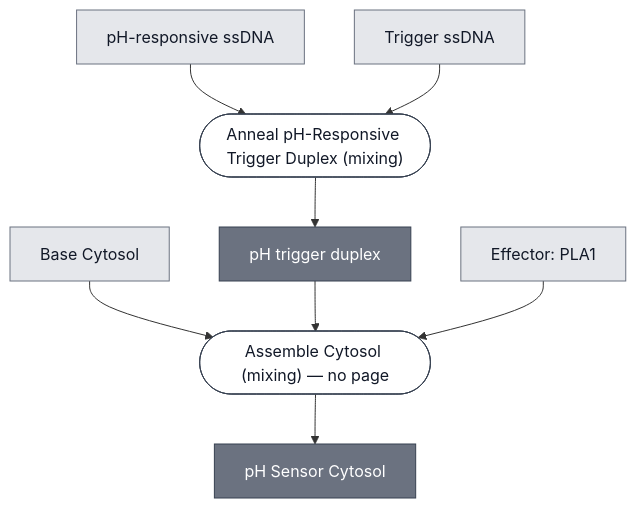
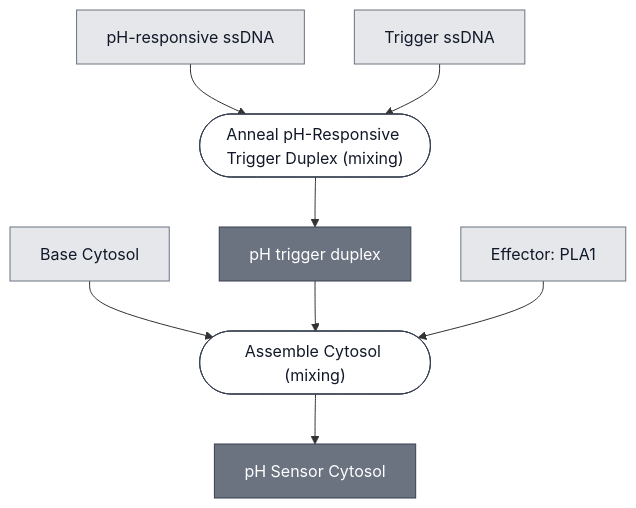
The diagram in docs/modules/ph-sensor-cytosol/spec.md (nucleus-eng/nucleus-docs), drawn with Mermaid before and after one commit. The commit also changed 26 other files, not shown here.

````diff
--- a/docs/modules/ph-sensor-cytosol/spec.md
+++ b/docs/modules/ph-sensor-cytosol/spec.md
@@ -27,35 +27,36 @@
 ```mermaid
 flowchart TD
     BASE_CYTOSOL["Base Cytosol"]
     PH_RESPONSIVE_SSDNA["pH-responsive ssDNA"]
     TRIGGER_SSDNA["Trigger ssDNA"]
     EFFECTOR_PLA1["Effector: PLA1"]
 
     P1_ANNEAL_TRIGGER_DUPLEX_0(["Anneal pH-Responsive Trigger Duplex (mixing)"])
     PH_TRIGGER_DUPLEX["pH trigger duplex"]
-    P2_ASSEMBLE_CYTOSOL_0(["Assemble Cytosol (mixing) — no page"])
+    P2_ASSEMBLE_CYTOSOL_0(["Assemble Cytosol (mixing)"])
     PH_SENSOR_CYTOSOL["pH Sensor Cytosol"]
 
     PH_RESPONSIVE_SSDNA --> P1_ANNEAL_TRIGGER_DUPLEX_0
     TRIGGER_SSDNA --> P1_ANNEAL_TRIGGER_DUPLEX_0
     P1_ANNEAL_TRIGGER_DUPLEX_0 --> PH_TRIGGER_DUPLEX
 
     BASE_CYTOSOL --> P2_ASSEMBLE_CYTOSOL_0
     PH_TRIGGER_DUPLEX --> P2_ASSEMBLE_CYTOSOL_0
     EFFECTOR_PLA1 --> P2_ASSEMBLE_CYTOSOL_0
     P2_ASSEMBLE_CYTOSOL_0 --> PH_SENSOR_CYTOSOL
 
 
     classDef leaf     fill:#e5e7eb,stroke:#6b7280,color:#111827;
     classDef composed fill:#6b7280,stroke:#374151,color:#ffffff;
     classDef process  fill:#ffffff,stroke:#374151,color:#111827;
     class BASE_CYTOSOL,PH_RESPONSIVE_SSDNA,TRIGGER_SSDNA,EFFECTOR_PLA1 leaf;
     class PH_TRIGGER_DUPLEX,PH_SENSOR_CYTOSOL composed;
     class P1_ANNEAL_TRIGGER_DUPLEX_0,P2_ASSEMBLE_CYTOSOL_0 process;
 
     click BASE_CYTOSOL "/docs/modules/base-cytosol/spec"
     click EFFECTOR_PLA1 "/docs/modules/effector-pla1/spec"
     click P1_ANNEAL_TRIGGER_DUPLEX_0 "/docs/processes/anneal-ph-trigger-duplex/main"
     click PH_TRIGGER_DUPLEX "/docs/modules/detector-ph/spec"
+    click P2_ASSEMBLE_CYTOSOL_0 "/docs/processes/assemble-cytosol/assemble-cytosol-main"
     click PH_SENSOR_CYTOSOL "/docs/modules/ph-sensor-cytosol/spec"
 ```
````
